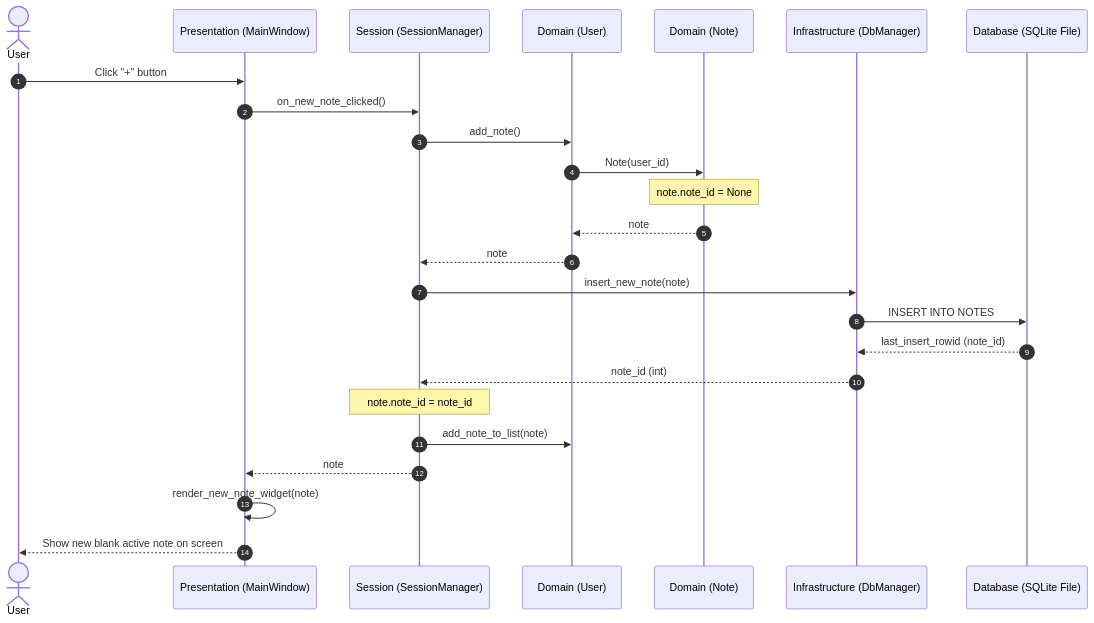
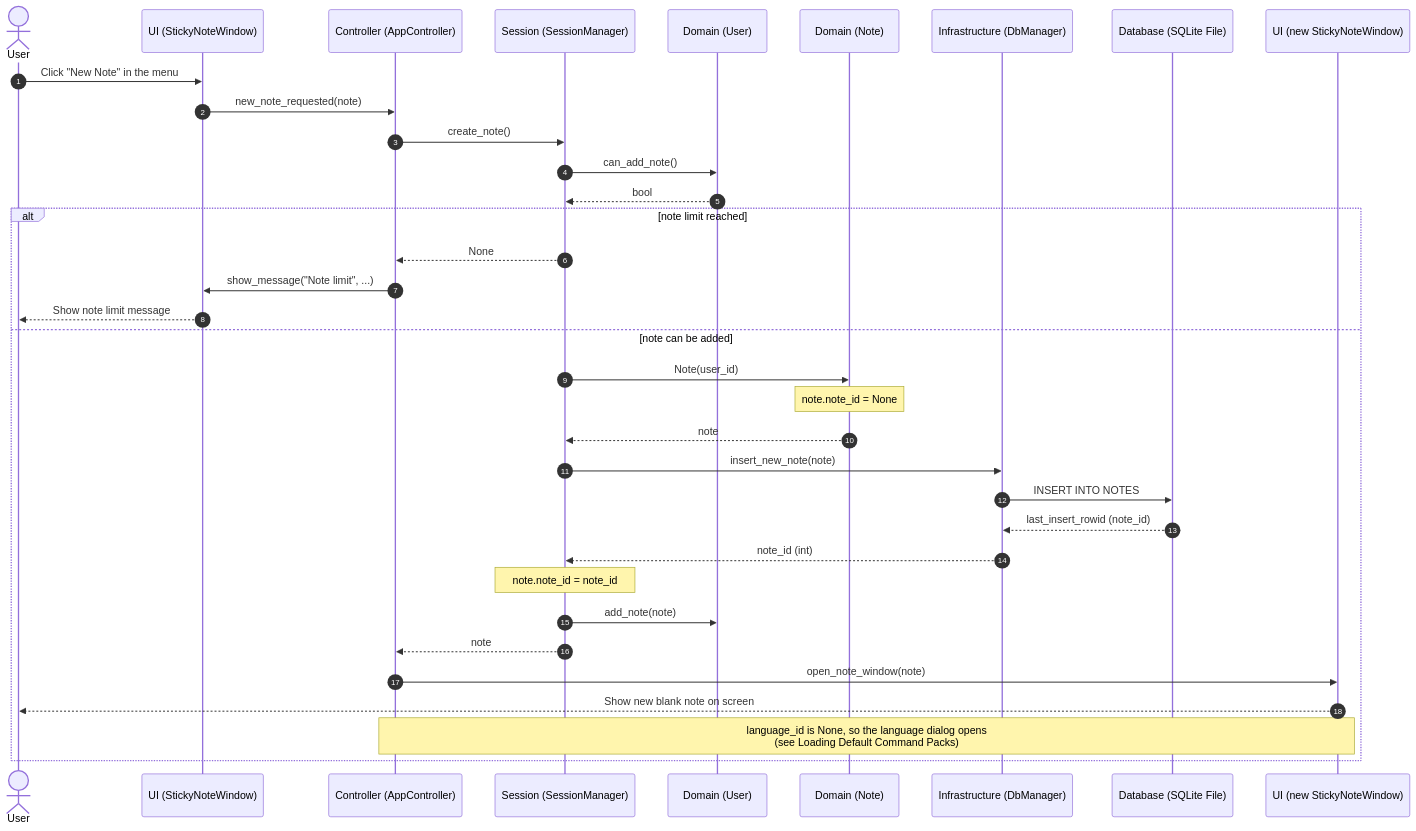
Before and after one commit to gboudon-dev/cheat-sheet: the third of 5 diagrams in README.md, drawn with Mermaid. The commit also changed other lines of this file, not shown here.

Commit message:
docs(readme): align requirements and diagrams with the current implementation

````diff
--- a/README.md
+++ b/README.md
@@ -232,28 +265,38 @@
 ```mermaid
 sequenceDiagram
     autonumber
     actor User as User
-    participant Win as Presentation (MainWindow)
+    participant Win as UI (StickyNoteWindow)
+    participant Ctrl as Controller (AppController)
     participant SM as Session (SessionManager)
     participant ModelUser as Domain (User)
     participant ModelNote as Domain (Note)
     participant Repo as Infrastructure (DbManager)
     participant DB as Database (SQLite File)
+    participant NewWin as UI (new StickyNoteWindow)
 
-    User ->> Win : Click "+" button
-    Win ->> SM : on_new_note_clicked()
-    SM ->> ModelUser : add_note()
-    ModelUser ->> ModelNote : Note(user_id)
-    Note over ModelNote : note.note_id = None
-    ModelNote -->> ModelUser : note
-    ModelUser -->> SM : note
-    SM ->> Repo : insert_new_note(note)
-    Repo ->> DB : INSERT INTO NOTES
-    DB -->> Repo : last_insert_rowid (note_id)
-    Repo -->> SM : note_id (int)
-    Note over SM : note.note_id = note_id
-    SM ->> ModelUser : add_note_to_list(note)
-    SM -->> Win : note
-    Win ->> Win : render_new_note_widget(note)
-    Win -->> User : Show new blank active note on screen
+    User ->> Win : Click "New Note" in the menu
+    Win ->> Ctrl : new_note_requested(note)
+    Ctrl ->> SM : create_note()
+    SM ->> ModelUser : can_add_note()
+    ModelUser -->> SM : bool
+    alt note limit reached
+        SM -->> Ctrl : None
+        Ctrl ->> Win : show_message("Note limit", ...)
+        Win -->> User : Show note limit message
+    else note can be added
+        SM ->> ModelNote : Note(user_id)
+        Note over ModelNote : note.note_id = None
+        ModelNote -->> SM : note
+        SM ->> Repo : insert_new_note(note)
+        Repo ->> DB : INSERT INTO NOTES
+        DB -->> Repo : last_insert_rowid (note_id)
+        Repo -->> SM : note_id (int)
+        Note over SM : note.note_id = note_id
+        SM ->> ModelUser : add_note(note)
+        SM -->> Ctrl : note
+        Ctrl ->> NewWin : open_note_window(note)
+        NewWin -->> User : Show new blank note on screen
+        Note over Ctrl, NewWin : language_id is None, so the language dialog opens<br/>(see Loading Default Command Packs)
+    end
 ```
````
